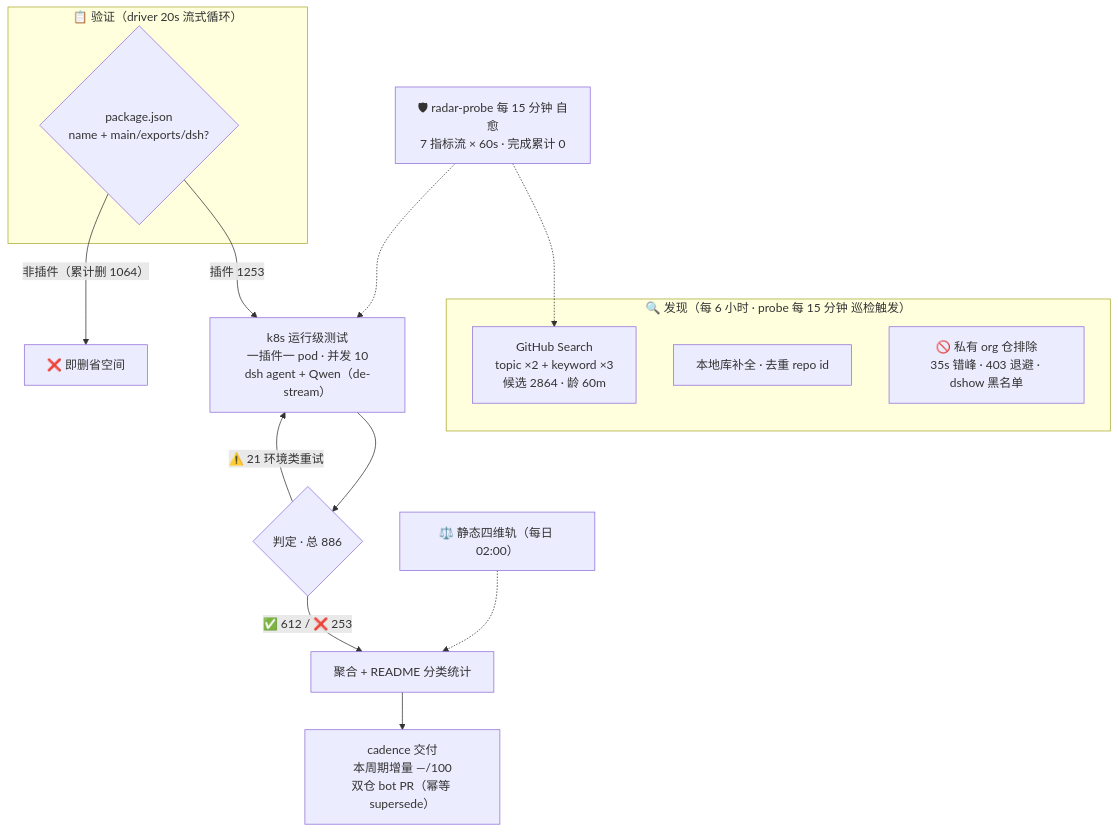
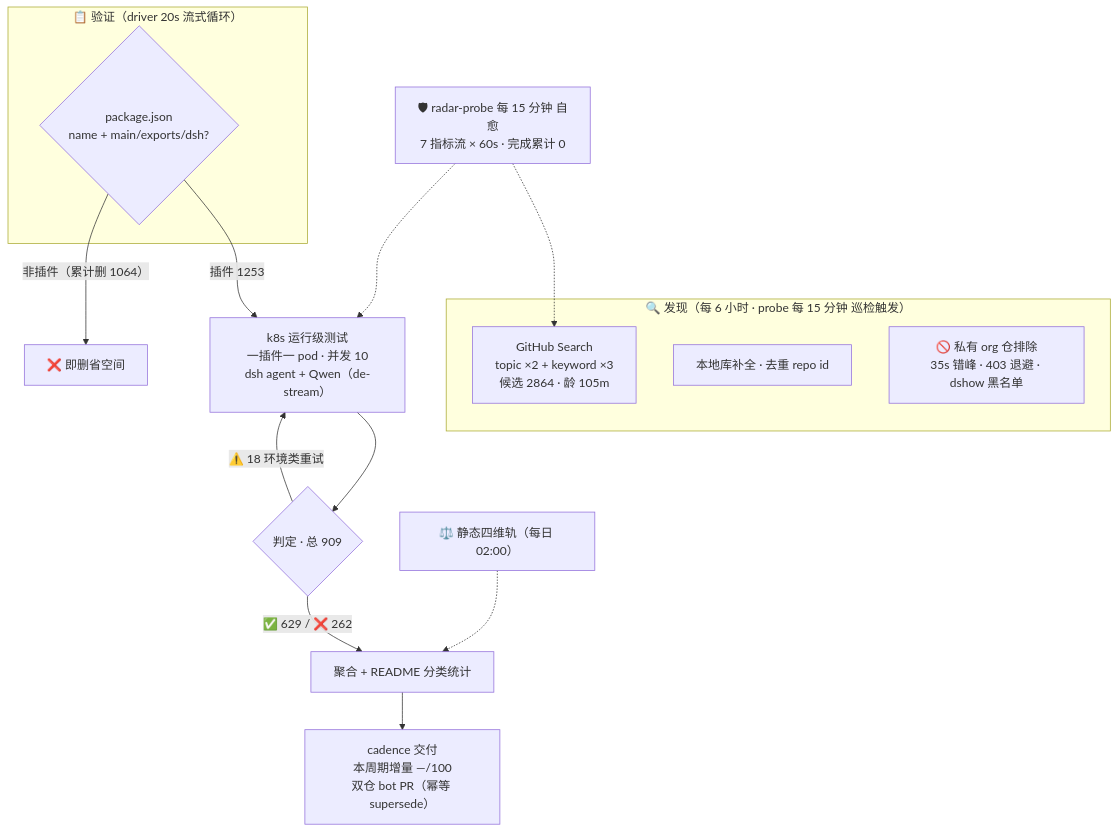
One commit to Zhidao-Lab-OSS/awesome-dsh-plugins changed the diagram in README.md. Above: the diagram before and after it, drawn with Mermaid. The commit also changed other lines of this file and 1 other file, not shown here.

````diff
--- a/README.md
+++ b/README.md
@@ -32,20 +32,20 @@
 ```mermaid
 flowchart TB
     subgraph Discovery["🔍 发现（每 6 小时 · probe 每 15 分钟 巡检触发）"]
-        A1["GitHub Search<br/>topic ×2 + keyword ×3<br/>候选 2864 · 龄 60m"]
+        A1["GitHub Search<br/>topic ×2 + keyword ×3<br/>候选 2864 · 龄 105m"]
         A2["本地库补全 · 去重 repo id"]
         A3["🚫 私有 org 仓排除<br/>35s 错峰 · 403 退避 · dshow 黑名单"]
     end
     subgraph Validation["📋 验证（driver 20s 流式循环）"]
         B1{"package.json<br/>name + main/exports/dsh?"}
     end
     B1 -->|"插件 1253"| C1["k8s 运行级测试<br/>一插件一 pod · 并发 10<br/>dsh agent + Qwen（de-stream）"]
     B1 -->|"非插件（累计删 1064）"| B3["❌ 即删省空间"]
-    C1 --> D1{"判定 · 总 886"}
-    D1 -->|"✅ 612 / ❌ 253"| E1["聚合 + README 分类统计"]
-    D1 -->|"⚠️ 21 环境类重试"| C1
+    C1 --> D1{"判定 · 总 909"}
+    D1 -->|"✅ 629 / ❌ 262"| E1["聚合 + README 分类统计"]
+    D1 -->|"⚠️ 18 环境类重试"| C1
     E1 --> E2["cadence 交付<br/>本周期增量 —/100<br/>双仓 bot PR（幂等 supersede）"]
     S["⚖️ 静态四维轨（每日 02:00）"] -.-> E1
     M["🛡 radar-probe 每 15 分钟 自愈<br/>7 指标流 × 60s · 完成累计 0"] -.-> A1
     M -.-> C1
 ```
````
